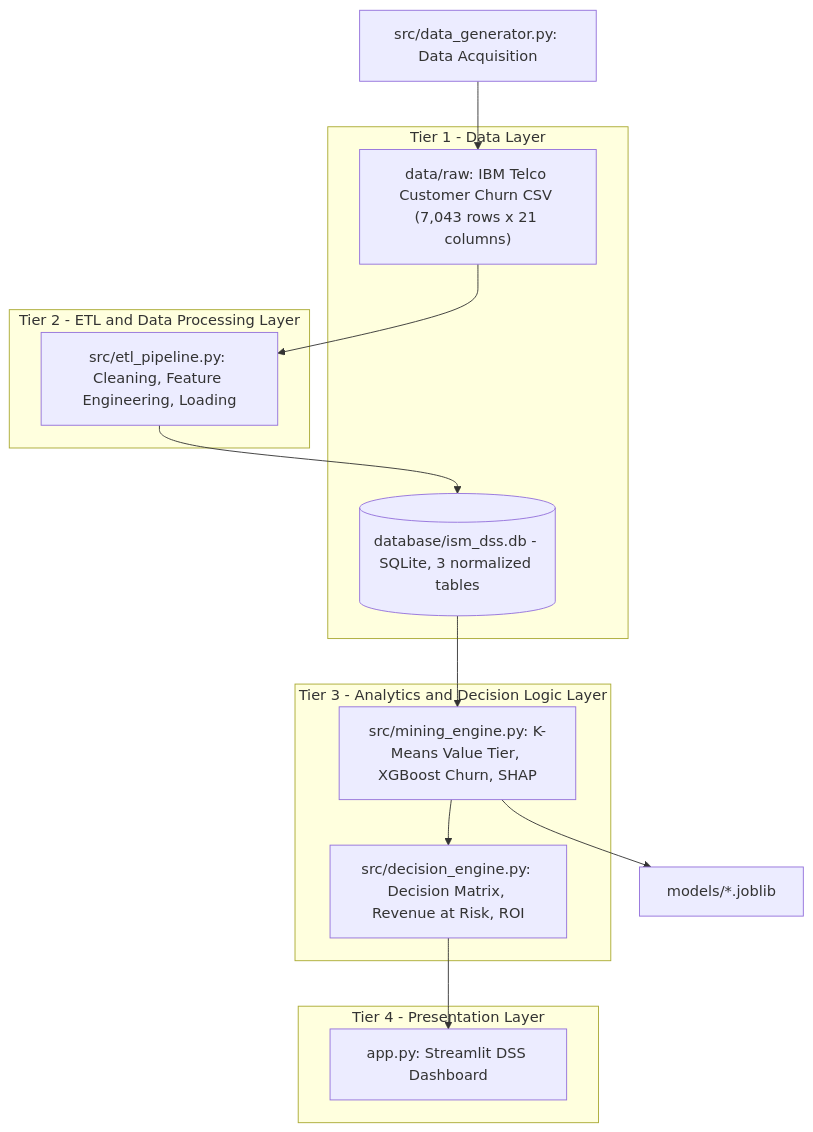
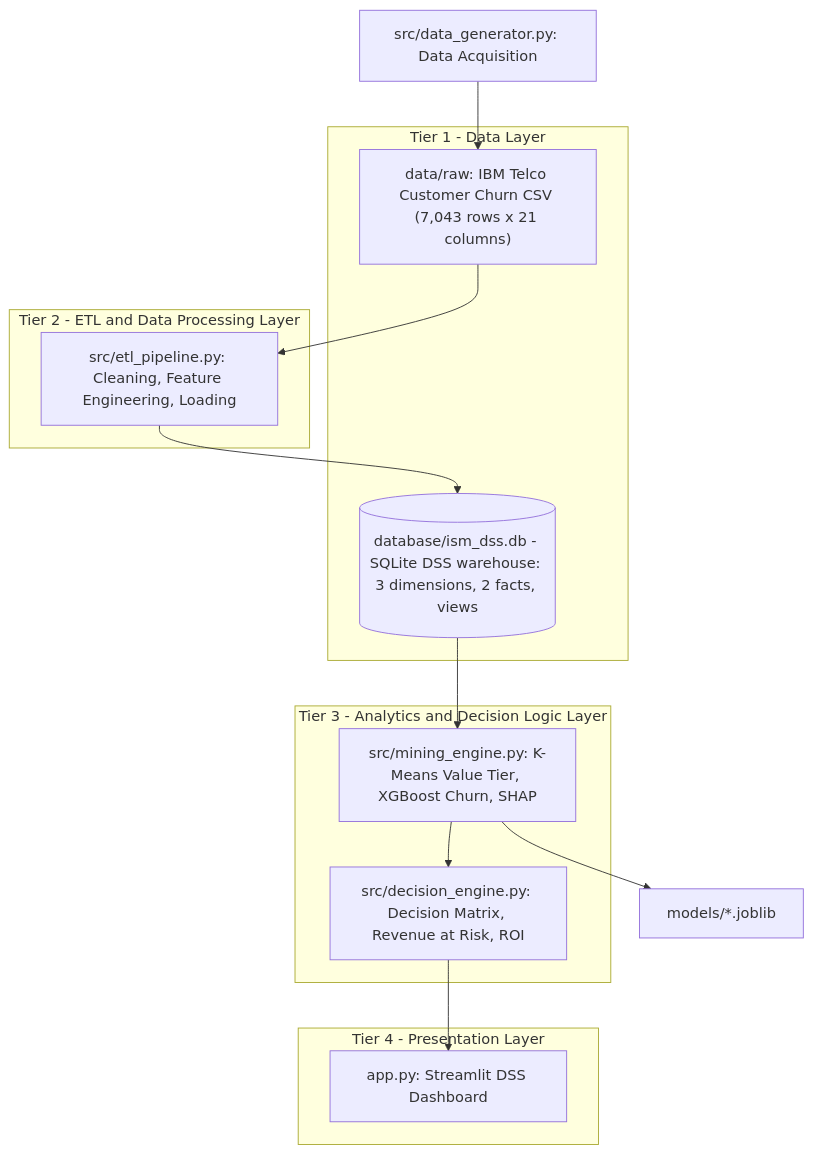
Before and after one commit to Vu-Viet-Phong/ISM-project: the first of 2 diagrams in README.md, drawn with Mermaid. The commit also changed other lines of this file and 4 other files, not shown here.

Commit message:
feat(step-3): build ETL pipeline, feature engineering, and initialize SQLite DSS warehouse

````diff
--- a/README.md
+++ b/README.md
@@ -24,21 +24,21 @@
 ```mermaid
 flowchart TD
     subgraph T1["Tier 1 - Data Layer"]
         A["data/raw: IBM Telco Customer Churn CSV (7,043 rows x 21 columns)"]
-        B[("database/ism_dss.db - SQLite, 3 normalized tables")]
+        B[("database/ism_dss.db - SQLite DSS warehouse: 3 dimensions, 2 facts, views")]
     end
     subgraph T2["Tier 2 - ETL and Data Processing Layer"]
         C["src/etl_pipeline.py: Cleaning, Feature Engineering, Loading"]
     end
     subgraph T3["Tier 3 - Analytics and Decision Logic Layer"]
         D["src/mining_engine.py: K-Means Value Tier, XGBoost Churn, SHAP"]
         E["src/decision_engine.py: Decision Matrix, Revenue at Risk, ROI"]
     end
     subgraph T4["Tier 4 - Presentation Layer"]
         F["app.py: Streamlit DSS Dashboard"]
     end
     G["src/data_generator.py: Data Acquisition"] --> A
     A --> C --> B
     B --> D --> E --> F
     D --> M["models/*.joblib"]
 ```
````
